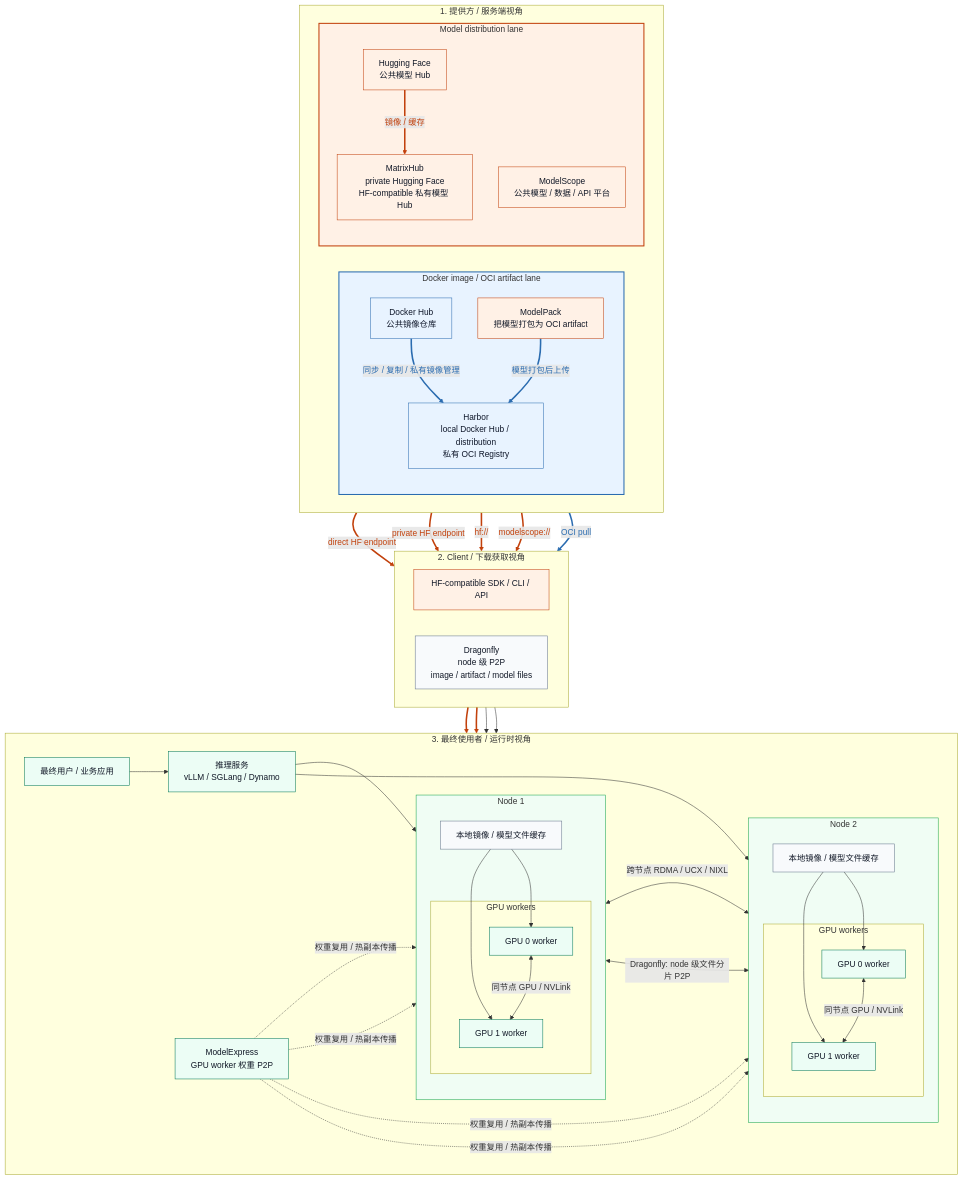
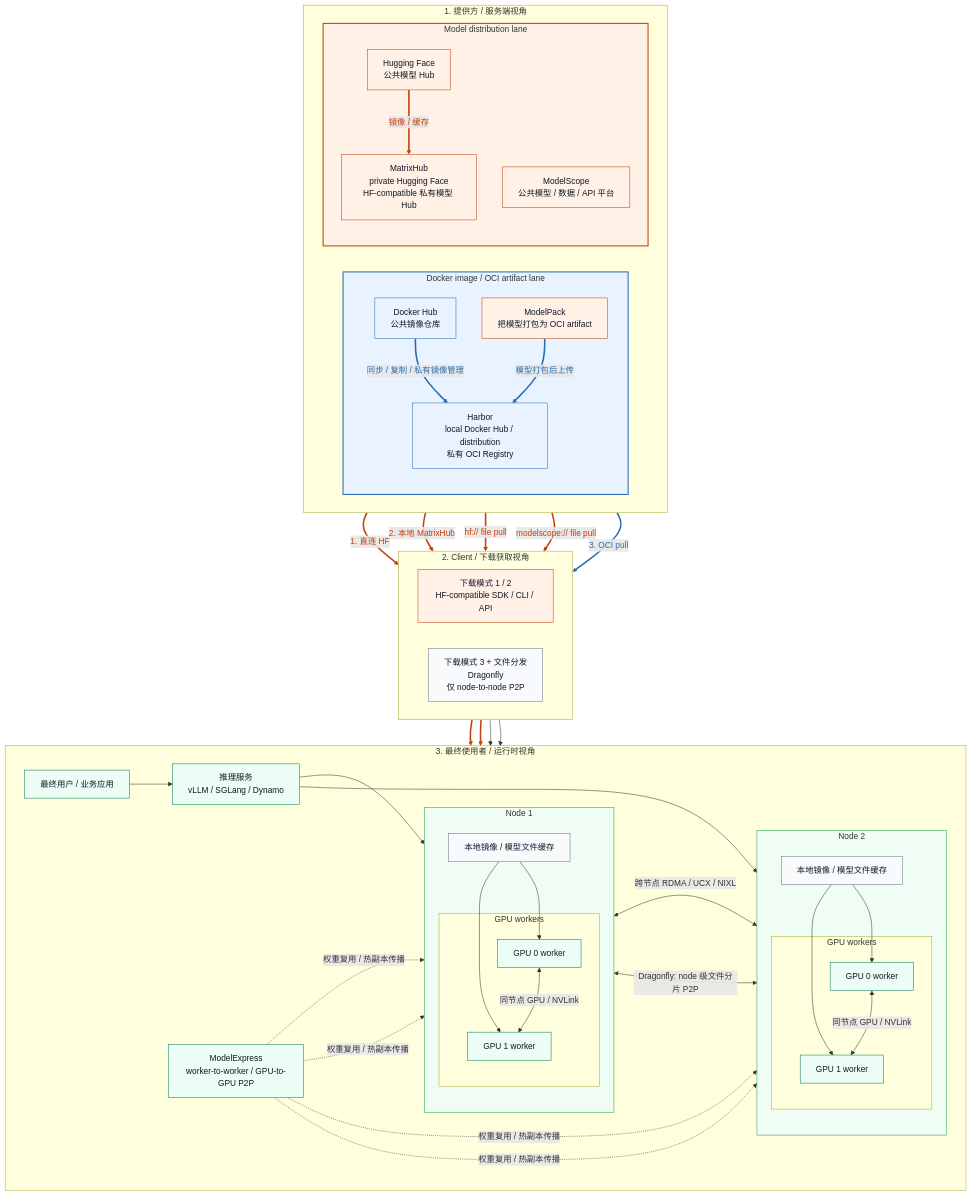
One commit to pacoxu/AI-Infra changed the first of 4 diagrams in docs/blog/2026-04-28/2026-04-28-understanding-model-distribution-stack_zh.md. Above: the diagram before and after it, drawn with Mermaid. The commit also changed other lines of this file and 1 other file, not shown here.

```diff
--- a/docs/blog/2026-04-28/2026-04-28-understanding-model-distribution-stack_zh.md
+++ b/docs/blog/2026-04-28/2026-04-28-understanding-model-distribution-stack_zh.md
@@ -61,15 +61,15 @@
 
   subgraph C["2. Client / 下载获取视角"]
     direction LR
-    PULL["HF-compatible SDK / CLI / API"]
-    DF["Dragonfly<br/>node 级 P2P<br/>image / artifact / model files"]
+    PULL["下载模式 1 / 2<br/>HF-compatible SDK / CLI / API"]
+    DF["下载模式 3 + 文件分发<br/>Dragonfly<br/>仅 node-to-node P2P"]
   end
 
   subgraph U["3. 最终使用者 / 运行时视角"]
     direction LR
     APP["最终用户 / 业务应用"]
     SVC["推理服务<br/>vLLM / SGLang / Dynamo"]
-    ME["ModelExpress<br/>GPU worker 权重 P2P"]
+    ME["ModelExpress<br/>worker-to-worker / GPU-to-GPU P2P"]
 
     subgraph N1["Node 1"]
       direction TB
@@ -90,11 +90,11 @@
     end
   end
 
-  HF -->|"direct HF endpoint"| PULL
-  MX -->|"private HF endpoint"| PULL
-  HF -->|"hf://"| DF
-  MS -->|"modelscope://"| DF
-  HB -->|"OCI pull"| DF
+  HF -->|"1. 直连 HF"| PULL
+  MX -->|"2. 本地 MatrixHub"| PULL
+  HF -->|"hf:// file pull"| DF
+  MS -->|"modelscope:// file pull"| DF
+  HB -->|"3. OCI pull"| DF
 
   PULL --> F1
   PULL --> F2
```
